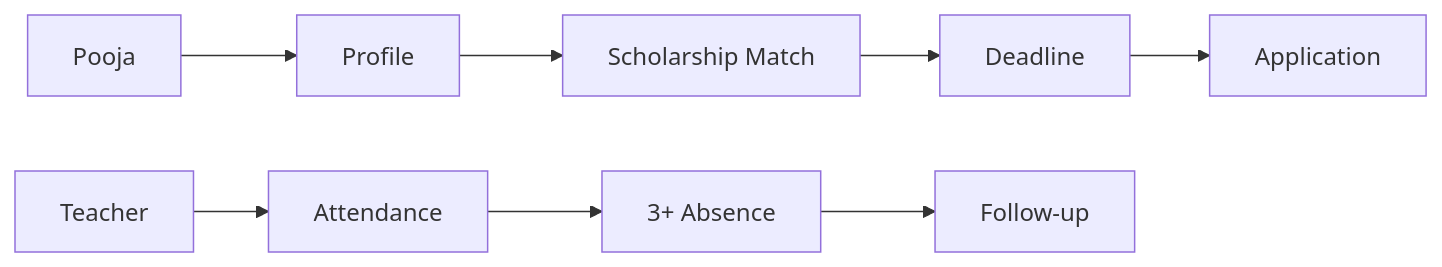
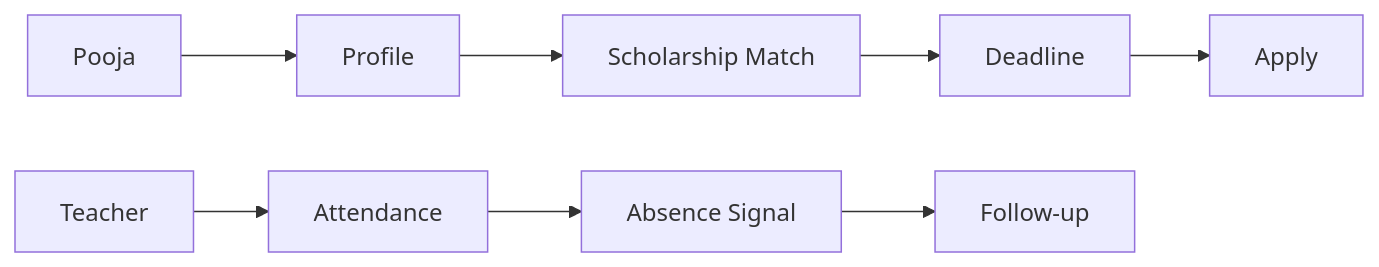
Before and after one commit to mahik2007/hackathon: diagram 22 of 23 in README.md, drawn with Mermaid. The commit also changed other lines of this file, not shown here.

````diff
--- a/README.md
+++ b/README.md
@@ -391,11 +423,11 @@
 ```mermaid
 flowchart LR
-    P[Pooja] --> S[Profile]
-    S --> M[Scholarship Match]
-    M --> D[Deadline]
-    D --> A[Application]
+    P[Pooja] --> PR[Profile]
+    PR --> SM[Scholarship Match]
+    SM --> DL[Deadline]
+    DL --> AP[Apply]
 
     T[Teacher] --> AT[Attendance]
-    AT --> X[3+ Absence]
-    X --> F[Follow-up]
+    AT --> SG[Absence Signal]
+    SG --> FU[Follow-up]
 ```
````
